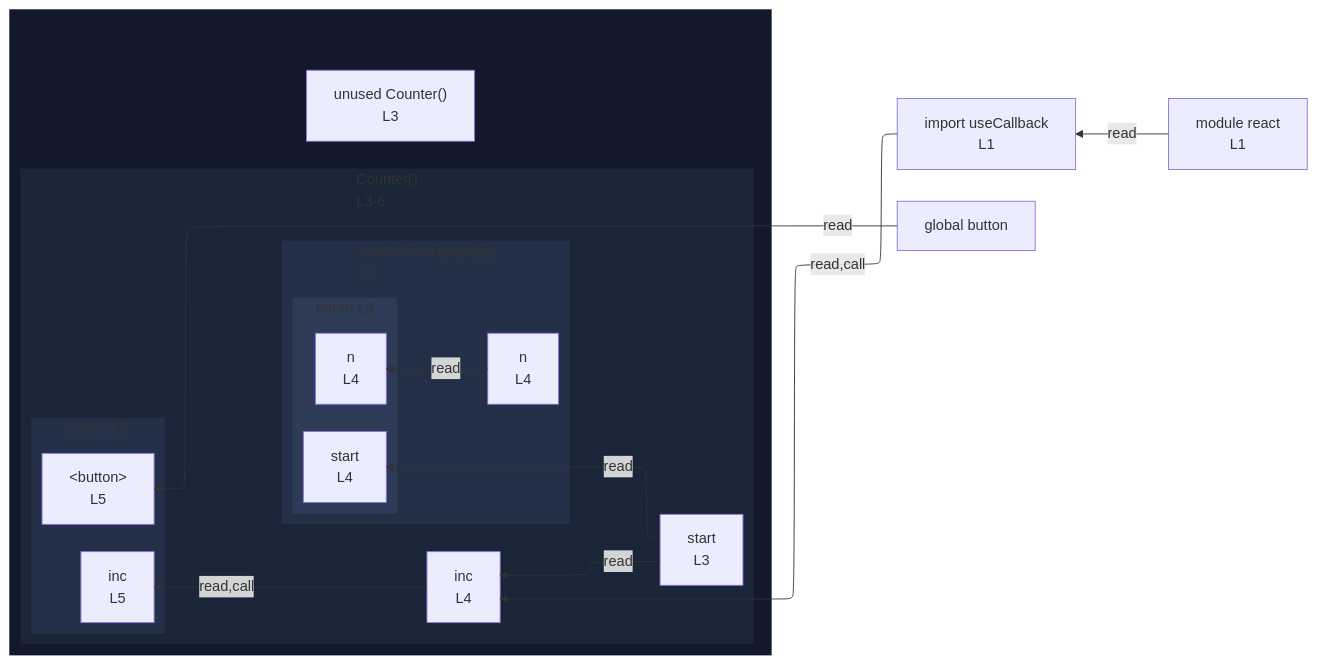
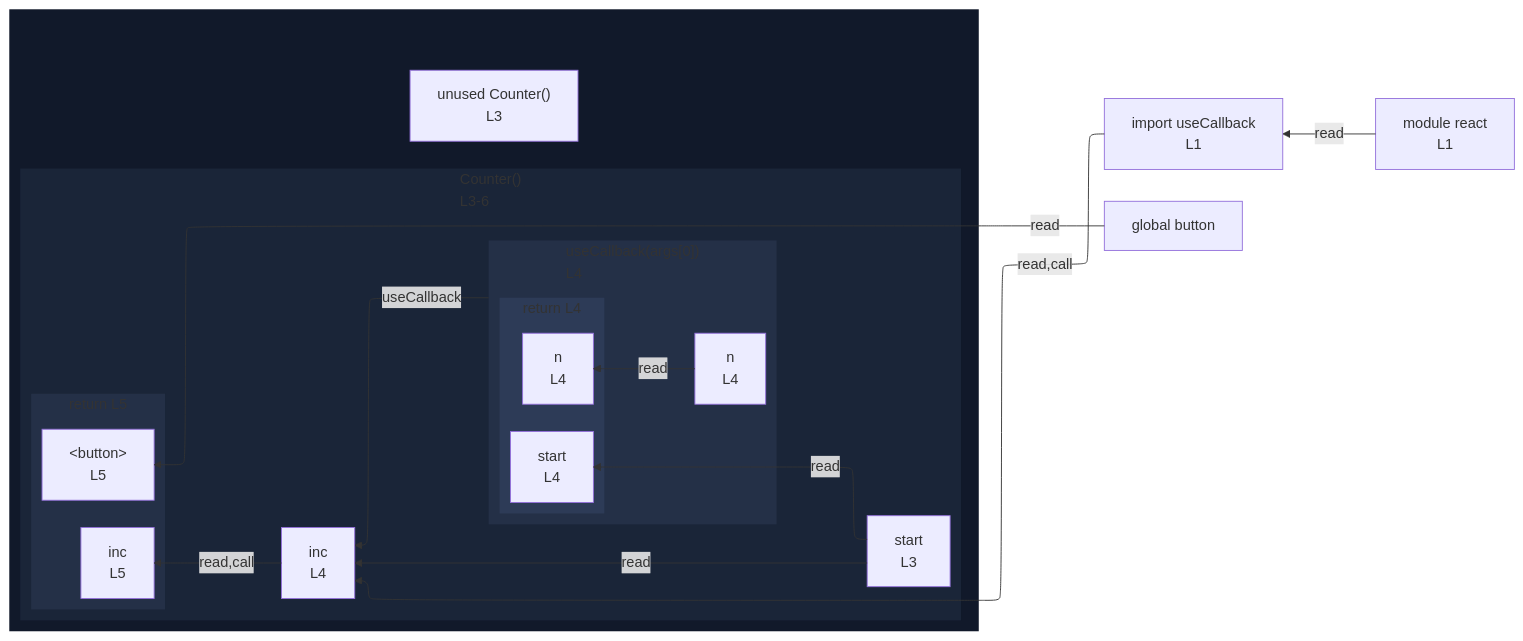
Before and after one commit to crescware/unsnarl: the diagram in integration/fixtures/app-behavior/plugin/react/use-callback/preview.md, drawn with Mermaid. The commit also changed 41 other files, not shown here.

````diff
--- a/integration/fixtures/app-behavior/plugin/react/use-callback/preview.md
+++ b/integration/fixtures/app-behavior/plugin/react/use-callback/preview.md
@@ -16,46 +16,47 @@
 ```mermaid
 %%{init: {"flowchart": {"defaultRenderer": "elk"}}}%%
 flowchart RL
   n_scope_0_useCallback_9["import useCallback<br/>L1"]
   n_scope_0_button_162["global button"]
   subgraph wrap_s_scope_1[" "]
     direction TB
     n_scope_0_Counter_44["unused Counter()<br/>L3"]
     subgraph s_scope_1["Counter()<br/>L3-6"]
       direction RL
       n_scope_1_start_57["start<br/>L3"]
       n_scope_1_inc_98["inc<br/>L4"]
       subgraph s_scope_2["useCallback(args[0])<br/>L4"]
         direction RL
         n_scope_2_n_117["n<br/>L4"]
         subgraph s_return_scope_0_Counter_44_131_140["return L4"]
           direction RL
           ret_use_ref_3["n<br/>L4"]
           ret_use_ref_4["start<br/>L4"]
         end
       end
       subgraph s_return_scope_0_Counter_44_154_187["return L5"]
         direction RL
         ret_use_ref_6["&lt;button&gt;<br/>L5"]
         ret_use_ref_7["inc<br/>L5"]
       end
     end
   end
   n_scope_0_useCallback_9 -->|read,call| n_scope_1_inc_98
   n_scope_2_n_117 -->|read| ret_use_ref_3
   n_scope_1_start_57 -->|read| ret_use_ref_4
   n_scope_1_start_57 -->|read| n_scope_1_inc_98
   n_scope_0_button_162 -->|read| ret_use_ref_6
   n_scope_1_inc_98 -->|read,call| ret_use_ref_7
+  s_scope_2 -->|useCallback| n_scope_1_inc_98
   mod_react["module react<br/>L1"]
   mod_react -->|read| n_scope_0_useCallback_9
   classDef nestL1 fill:#11192a,stroke:transparent;
   class wrap_s_scope_1 nestL1;
   classDef nestL2 fill:#1a2538,stroke:transparent;
   class s_scope_1 nestL2;
   classDef nestL3 fill:#243047,stroke:transparent;
   class s_scope_2 nestL3;
   class s_return_scope_0_Counter_44_154_187 nestL3;
   classDef nestL4 fill:#2d3b57,stroke:transparent;
   class s_return_scope_0_Counter_44_131_140 nestL4;
 ```
````
